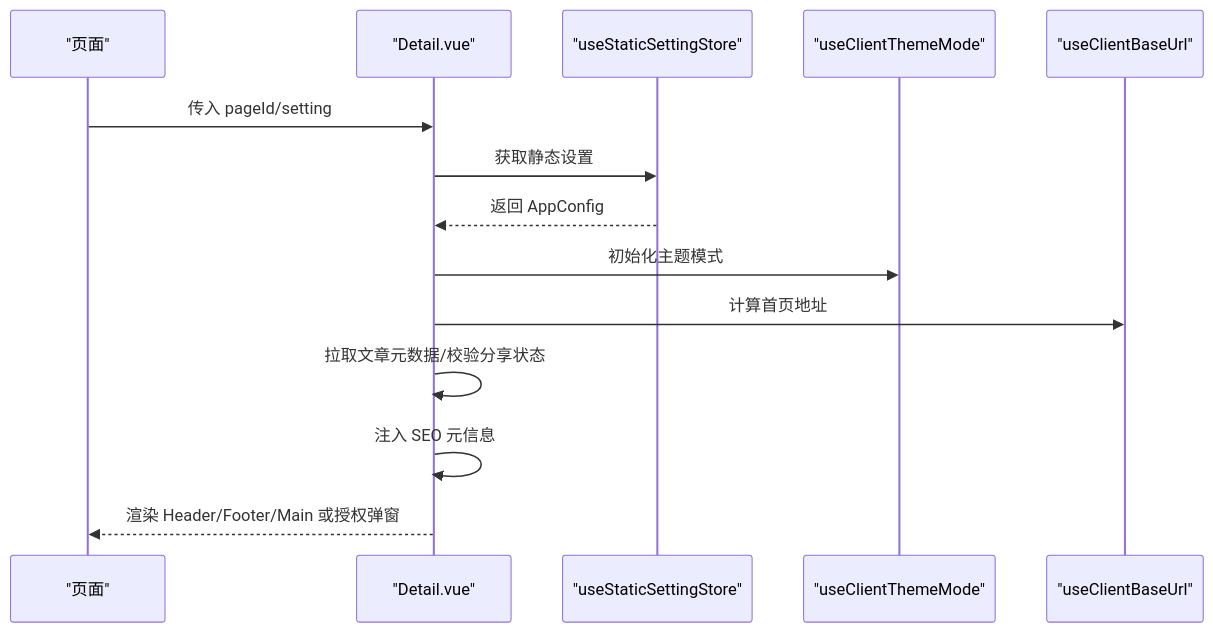
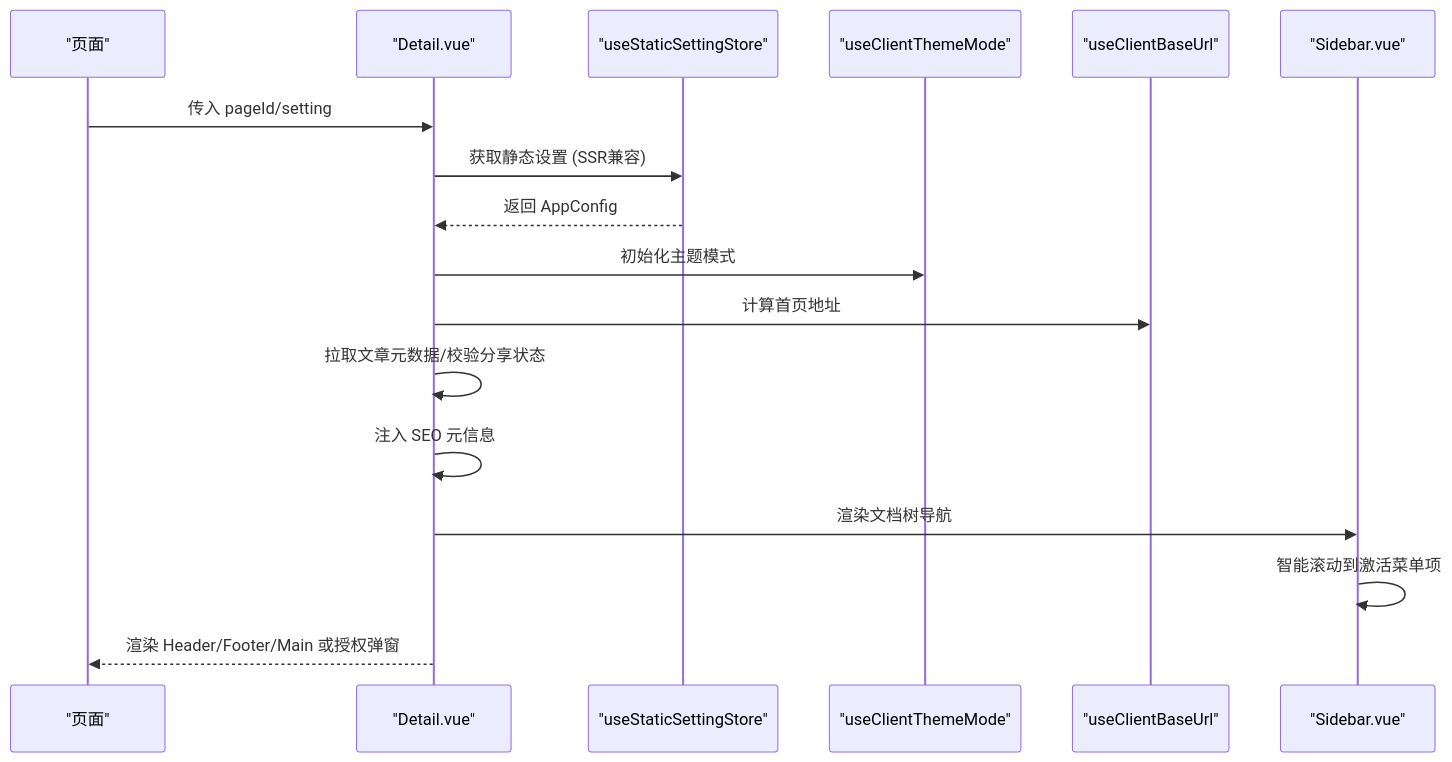
One commit to terwer/siyuan-plugin-blog changed the second of 4 diagrams in .qoder/repowiki/zh/content/核心功能/UI 组件系统/静态组件.md. Above: the diagram before and after it, drawn with Mermaid. The commit also changed other lines of this file and 6 other files, not shown here.

````diff
--- a/.qoder/repowiki/zh/content/核心功能/UI 组件系统/静态组件.md
+++ b/.qoder/repowiki/zh/content/核心功能/UI 组件系统/静态组件.md
@@ -125,16 +159,19 @@
 ```mermaid
 sequenceDiagram
 participant Page as "页面"
 participant Detail as "Detail.vue"
 participant Store as "useStaticSettingStore"
 participant Theme as "useClientThemeMode"
 participant Base as "useClientBaseUrl"
+participant Sidebar as "Sidebar.vue"
 Page->>Detail : 传入 pageId/setting
-Detail->>Store : 获取静态设置
+Detail->>Store : 获取静态设置 (SSR兼容)
 Store-->>Detail : 返回 AppConfig
 Detail->>Theme : 初始化主题模式
 Detail->>Base : 计算首页地址
 Detail->>Detail : 拉取文章元数据/校验分享状态
 Detail->>Detail : 注入 SEO 元信息
+Detail->>Sidebar : 渲染文档树导航
+Sidebar->>Sidebar : 智能滚动到激活菜单项
 Detail-->>Page : 渲染 Header/Footer/Main 或授权弹窗
 ```
````
